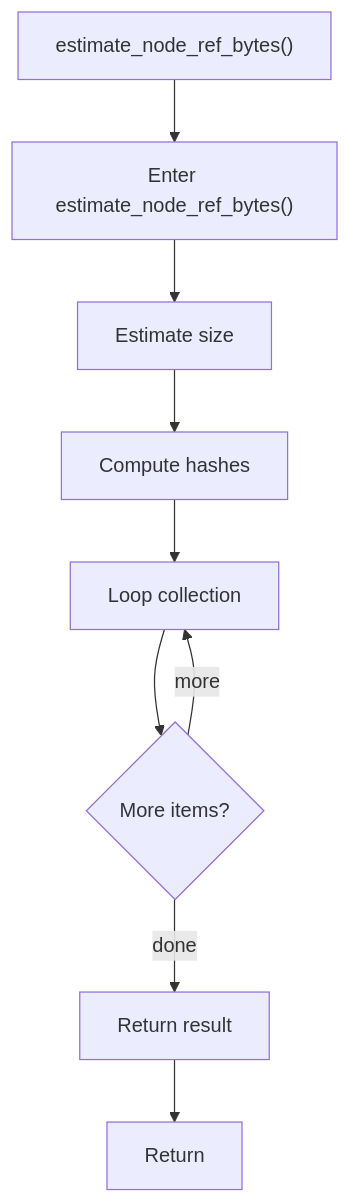
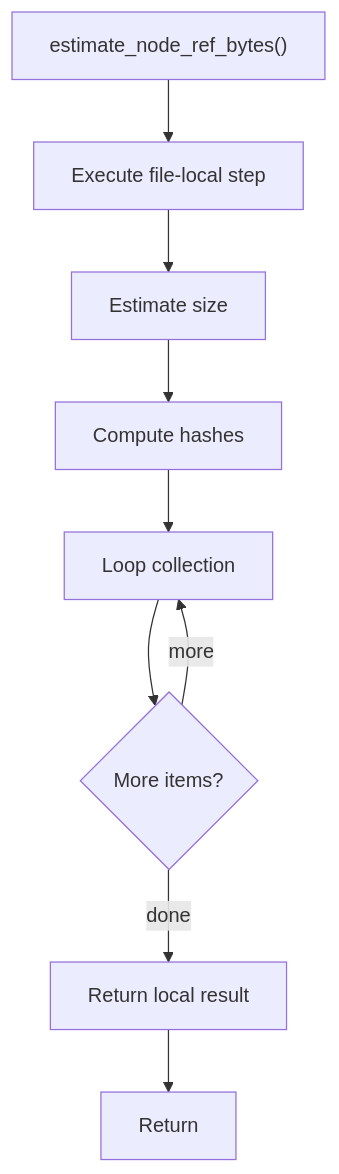
Before and after one commit to JohnAndrewBalbarosa/NeoTerritory: the diagram in docs/Codebase/Microservice/Modules/Source/OutputGeneration/UnitTestGeneration/estimate_node_ref_bytes.cpp.md, drawn with Mermaid. The commit also changed other lines of this file and 925 other files, not shown here.

````diff
--- a/docs/Codebase/Microservice/Modules/Source/OutputGeneration/UnitTestGeneration/estimate_node_ref_bytes.cpp.md
+++ b/docs/Codebase/Microservice/Modules/Source/OutputGeneration/UnitTestGeneration/estimate_node_ref_bytes.cpp.md
@@ -19,19 +19,19 @@
 ```mermaid
 flowchart TD
     Start["estimate_node_ref_bytes()"]
-    N0["Enter estimate_node_ref_bytes()"]
+    N0["Execute file-local step"]
     N1["Estimate size"]
     N2["Compute hashes"]
     N3["Loop collection"]
     L3{"More items?"}
-    N4["Return result"]
+    N4["Return local result"]
     End["Return"]
     Start --> N0
     N0 --> N1
     N1 --> N2
     N2 --> N3
     N3 --> L3
     L3 -->|more| N3
     L3 -->|done| N4
     N4 --> End
 ```
````
